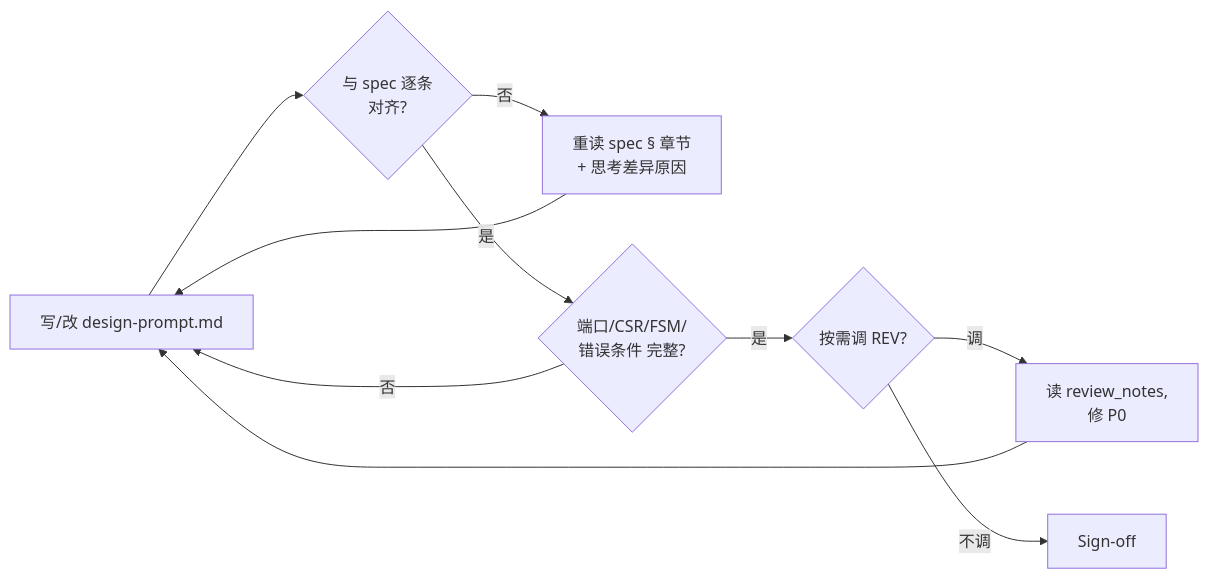
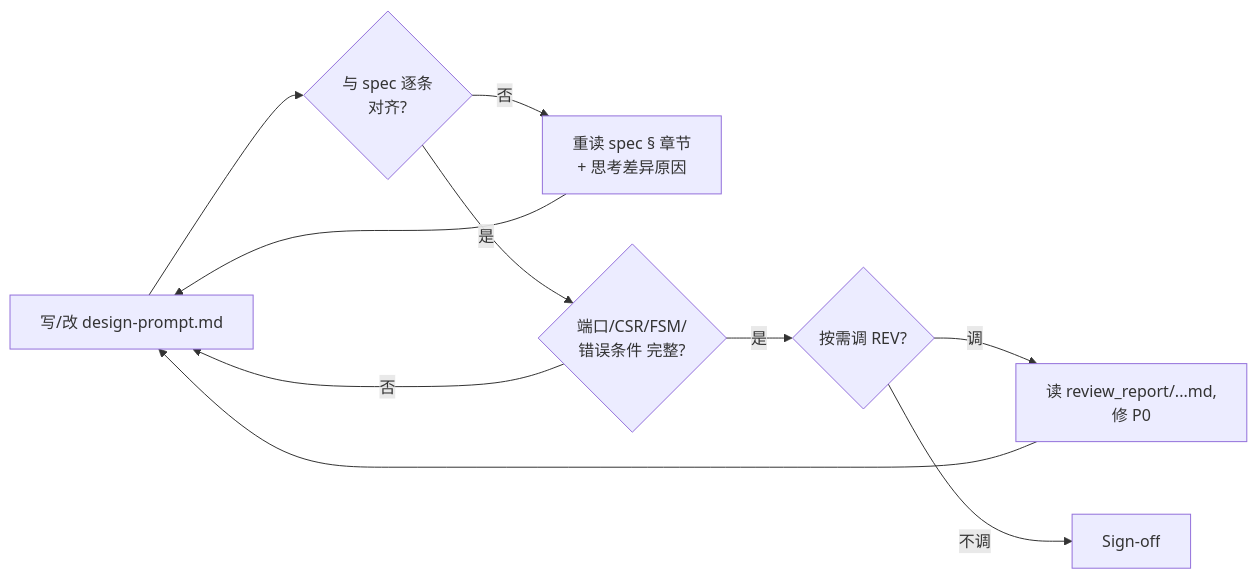
Before and after one commit to AArlert/rkv_v1pro_labs: the diagram in ppa-lab-copilot/agents/architect.md, drawn with Mermaid. The commit also changed other lines of this file and 14 other files, not shown here.

First line of the commit message:
feat(ppa-lab-copilot): workflow v3 — state.md merge, review_report/ dir, orchestrator memory

````diff
--- a/ppa-lab-copilot/agents/architect.md
+++ b/ppa-lab-copilot/agents/architect.md
@@ -55,10 +55,10 @@
 ```mermaid
 flowchart LR
     A1["写/改 design-prompt.md"] --> A2{"与 spec 逐条<br/>对齐?"}
     A2 -- "否" --> A3["重读 spec § 章节<br/>+ 思考差异原因"] --> A1
     A2 -- "是" --> A4{"端口/CSR/FSM/<br/>错误条件 完整?"}
     A4 -- "否" --> A1
     A4 -- "是" --> A5{"按需调 REV?"}
-    A5 -- "调" --> A6["读 review_notes,<br/>修 P0"] --> A1
+    A5 -- "调" --> A6["读 review_report/...md,<br/>修 P0"] --> A1
     A5 -- "不调" --> A7["Sign-off"]
 ```
````
